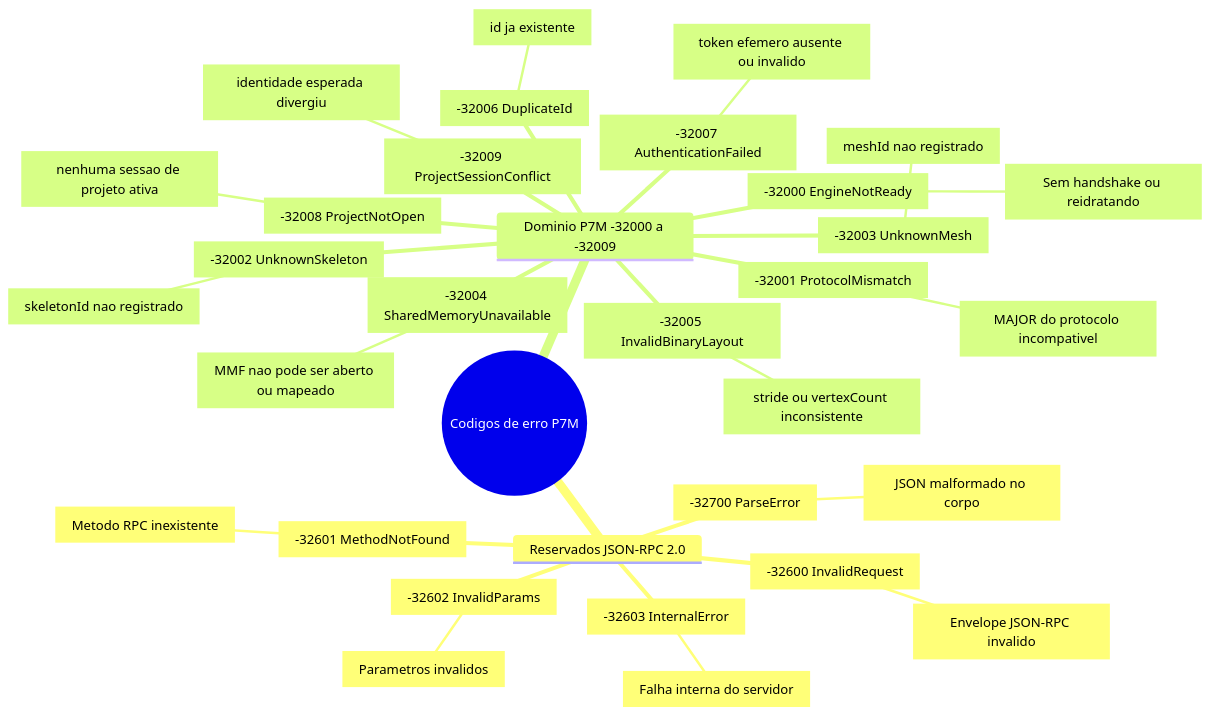
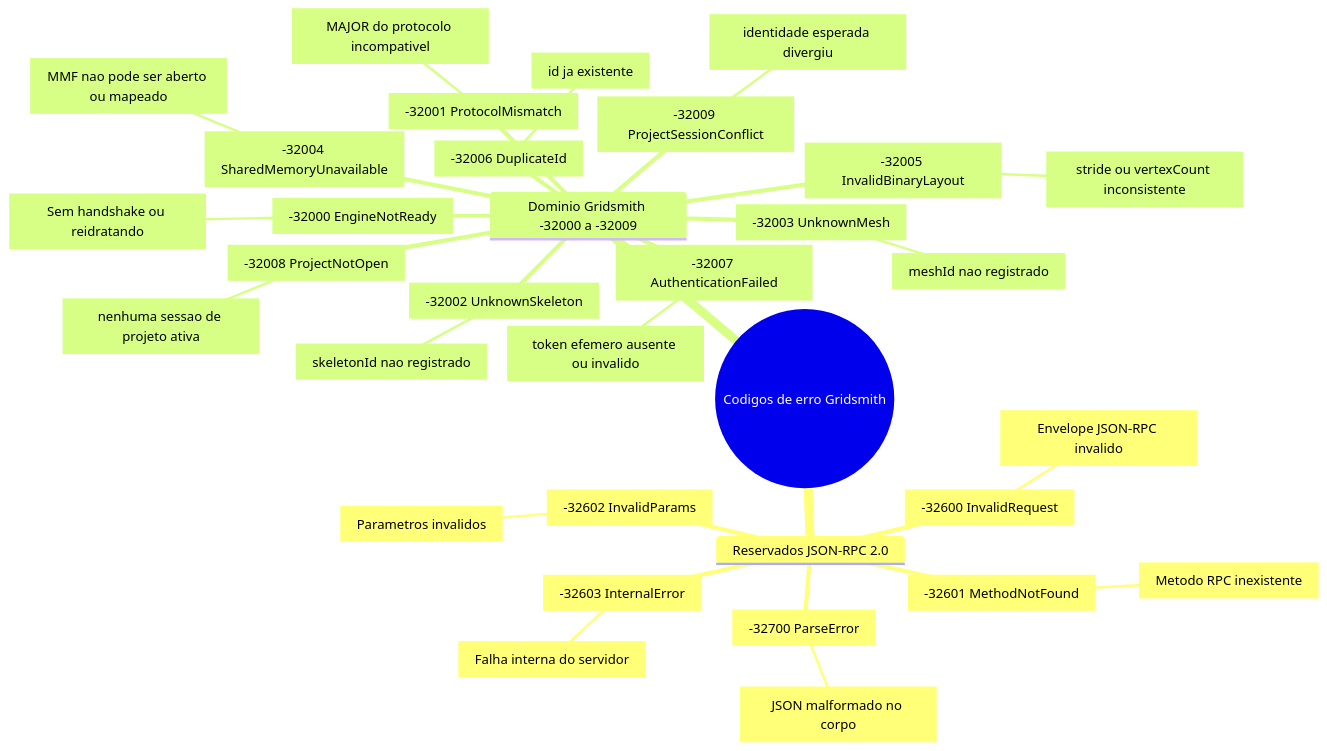
One commit to flaviotinococoutinho/Gridsmith changed the first of 2 diagrams in contracts/schemas/error-codes.md. Above: the diagram before and after it, drawn with Mermaid. The commit also changed other lines of this file and 220 other files, not shown here.

````diff
--- a/contracts/schemas/error-codes.md
+++ b/contracts/schemas/error-codes.md
@@ -25,36 +25,36 @@
 ```mermaid
 mindmap
-  root(("Codigos de erro P7M"))
+  root(("Codigos de erro Gridsmith"))
     Reservados JSON-RPC 2.0
       c700["-32700 ParseError"]
         p700["JSON malformado no corpo"]
       c600["-32600 InvalidRequest"]
         p600["Envelope JSON-RPC invalido"]
       c601["-32601 MethodNotFound"]
         p601["Metodo RPC inexistente"]
       c602["-32602 InvalidParams"]
         p602["Parametros invalidos"]
       c603["-32603 InternalError"]
         p603["Falha interna do servidor"]
-    Dominio P7M -32000 a -32009
+    Dominio Gridsmith -32000 a -32009
       d000["-32000 EngineNotReady"]
         q000["Sem handshake ou reidratando"]
       d001["-32001 ProtocolMismatch"]
         q001["MAJOR do protocolo incompativel"]
       d002["-32002 UnknownSkeleton"]
         q002["skeletonId nao registrado"]
       d003["-32003 UnknownMesh"]
         q003["meshId nao registrado"]
       d004["-32004 SharedMemoryUnavailable"]
         q004["MMF nao pode ser aberto ou mapeado"]
       d005["-32005 InvalidBinaryLayout"]
         q005["stride ou vertexCount inconsistente"]
       d006["-32006 DuplicateId"]
         q006["id ja existente"]
       d007["-32007 AuthenticationFailed"]
         q007["token efemero ausente ou invalido"]
       d008["-32008 ProjectNotOpen"]
         q008["nenhuma sessao de projeto ativa"]
       d009["-32009 ProjectSessionConflict"]
         q009["identidade esperada divergiu"]
 ```
````
